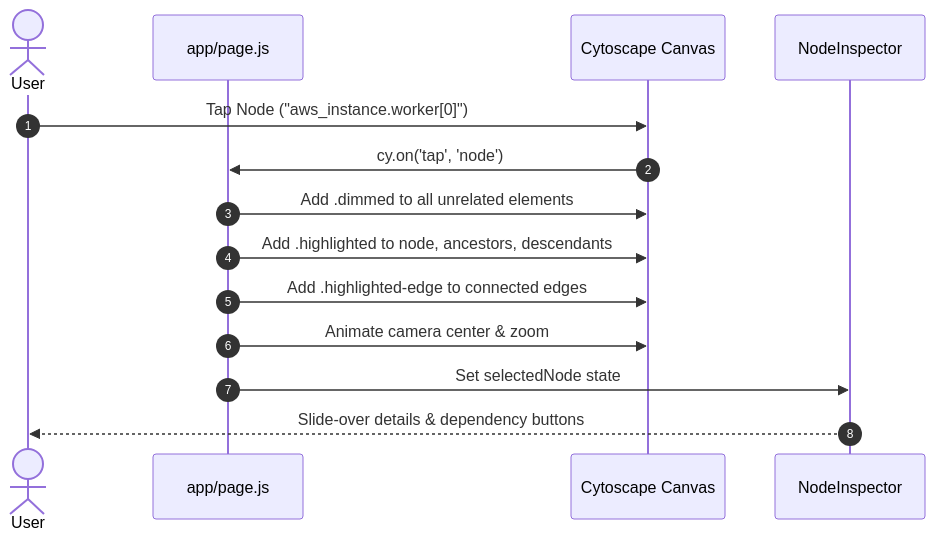
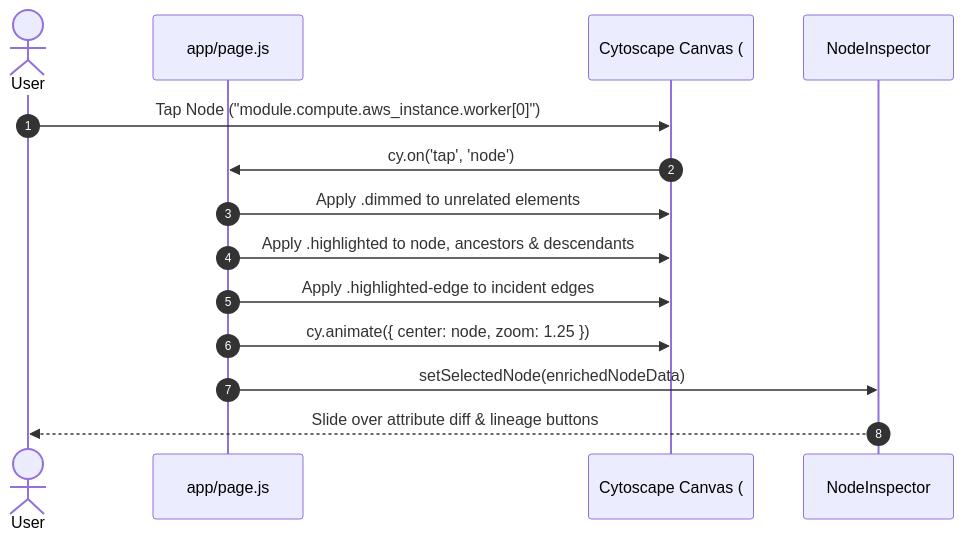
The second of 3 diagrams in ui/app/README.md (AatirNadim/plan-parse), drawn with Mermaid before and after one commit. The commit also changed other lines of this file and 6 other files, not shown here.

First line of the commit message:
refactor: Revamp UI documentation and component architecture for Developer Workbench

````diff
--- a/ui/app/README.md
+++ b/ui/app/README.md
@@ -88,17 +124,17 @@
 ```mermaid
 sequenceDiagram
     autonumber
     actor User
     participant Page as app/page.js
-    participant Cy as Cytoscape Canvas
+    participant Cy as Cytoscape Canvas (#cy)
     participant Insp as NodeInspector
 
-    User->>Cy: Tap Node ("aws_instance.worker[0]")
+    User->>Cy: Tap Node ("module.compute.aws_instance.worker[0]")
     Cy->>Page: cy.on('tap', 'node')
-    Page->>Cy: Add .dimmed to all unrelated elements
-    Page->>Cy: Add .highlighted to node, ancestors, descendants
-    Page->>Cy: Add .highlighted-edge to connected edges
-    Page->>Cy: Animate camera center & zoom
-    Page->>Insp: Set selectedNode state
-    Insp-->>User: Slide-over details & dependency buttons
+    Page->>Cy: Apply .dimmed to unrelated elements
+    Page->>Cy: Apply .highlighted to node, ancestors & descendants
+    Page->>Cy: Apply .highlighted-edge to incident edges
+    Page->>Cy: cy.animate({ center: node, zoom: 1.25 })
+    Page->>Insp: setSelectedNode(enrichedNodeData)
+    Insp-->>User: Slide over attribute diff & lineage buttons
 ```
````
